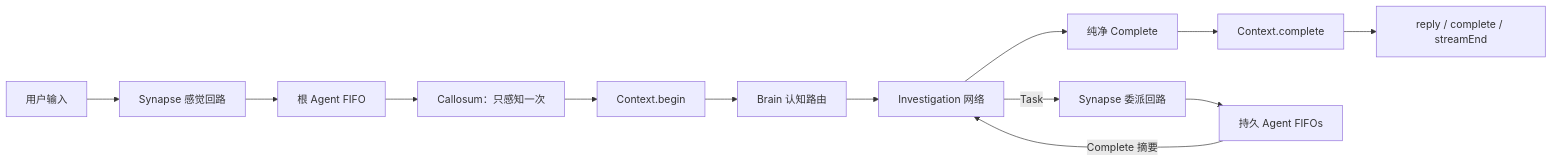
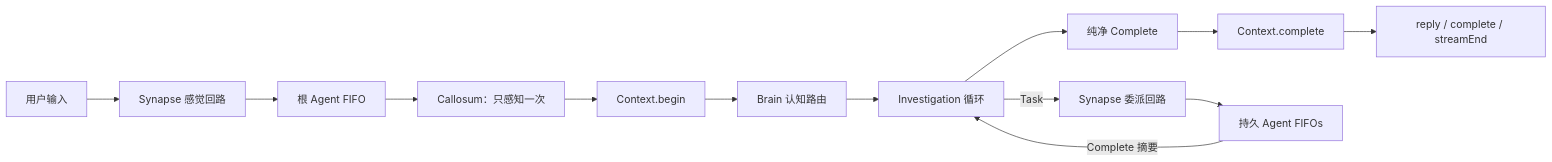
Before and after one commit to flyflor/flyflor: the diagram in README.zh.cn.md, drawn with Mermaid. The commit also changed 47 other files, not shown here.

````diff
--- a/README.zh.cn.md
+++ b/README.zh.cn.md
@@ -44,16 +44,16 @@
 ```mermaid
 flowchart LR
     Input["用户输入"] --> Sensory["Synapse 感觉回路"]
     Sensory --> Root["根 Agent FIFO"]
     Root --> Perception["Callosum：只感知一次"]
     Perception --> Context["Context.begin"]
     Context --> Brain["Brain 认知路由"]
-    Brain --> Investigation["Investigation 网络"]
+    Brain --> Investigation["Investigation 循环"]
     Investigation --> Complete["纯净 Complete"]
     Complete --> Store["Context.complete"]
     Store --> Expression["reply / complete / streamEnd"]
 
     Investigation -->|Task| Delegation["Synapse 委派回路"]
     Delegation --> Workers["持久 Agent FIFOs"]
     Workers -->|Complete 摘要| Investigation
 ```
````
